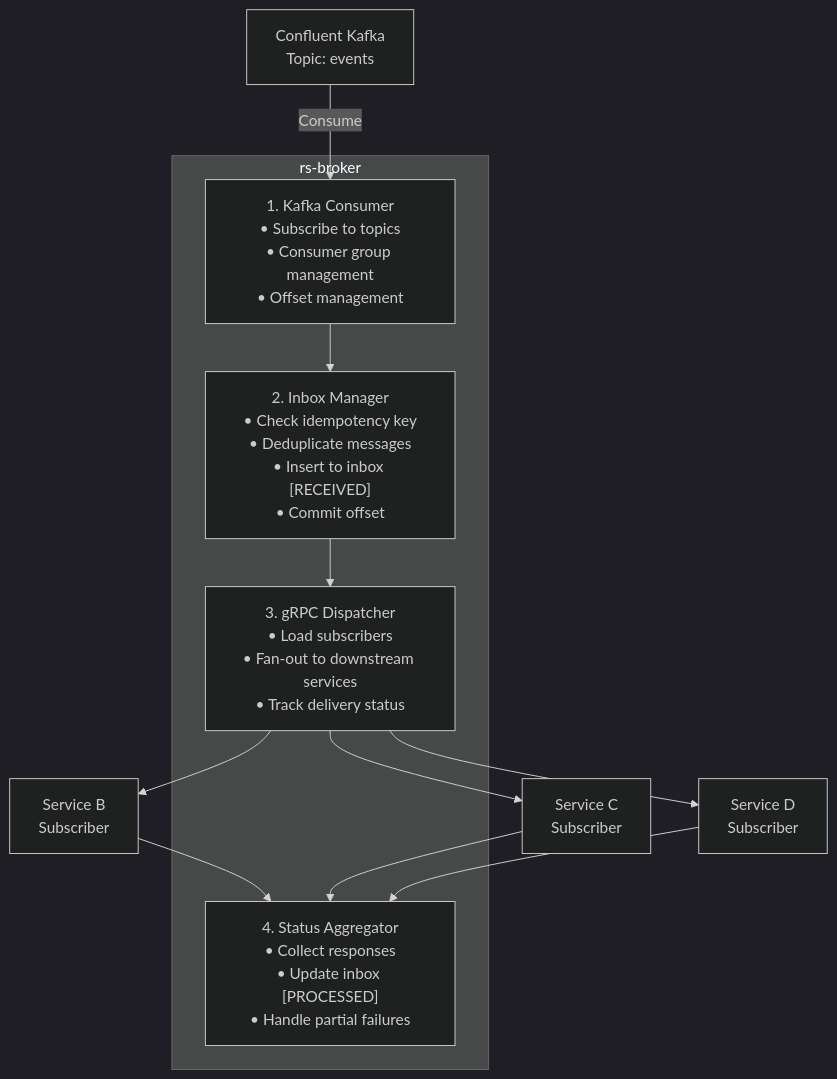
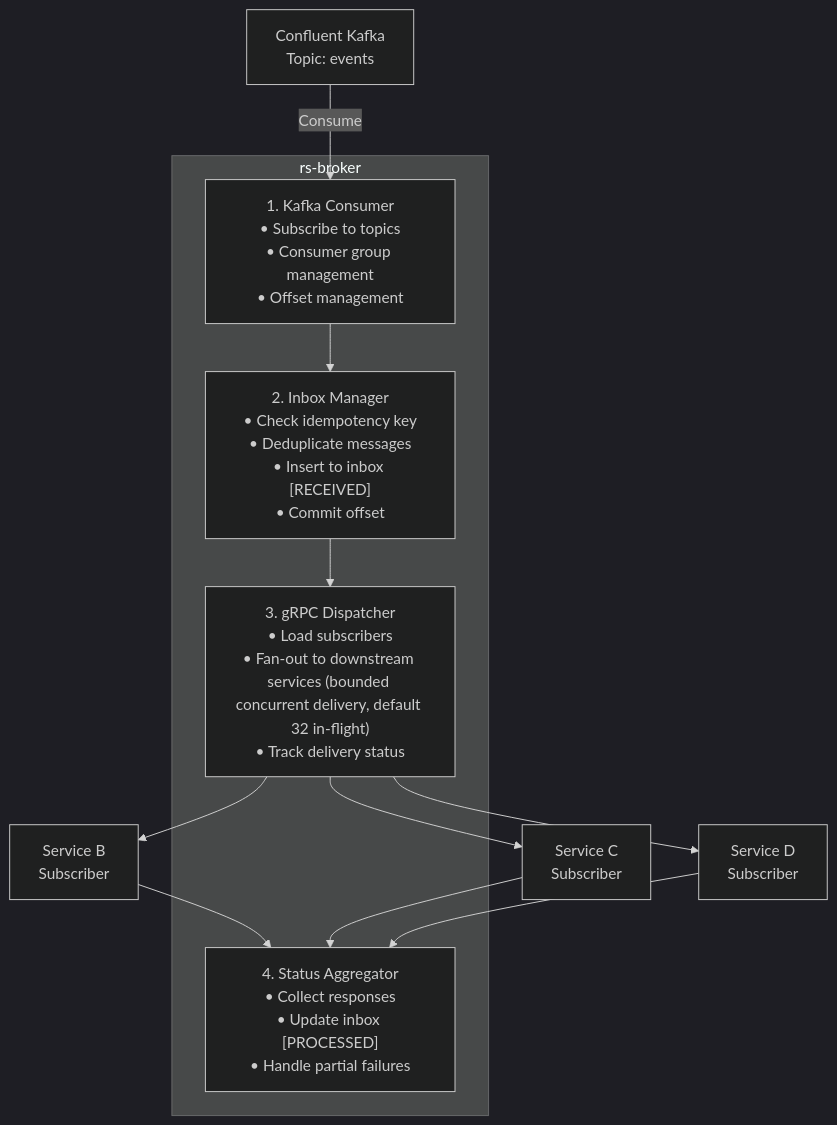
Before and after one commit to bouroo/rs-broker: the third of 6 diagrams in docs/architecture.md, drawn with Mermaid (dark theme). The commit also changed other lines of this file and 1 other file, not shown here.

````diff
--- a/docs/architecture.md
+++ b/docs/architecture.md
@@ -83,25 +83,25 @@
 ```mermaid
 flowchart TB
     kafka["Confluent Kafka<br/>Topic: events"]
     
     subgraph rsbroker["rs-broker"]
         consumer["1. Kafka Consumer<br/>• Subscribe to topics<br/>• Consumer group management<br/>• Offset management"]
         inbox["2. Inbox Manager<br/>• Check idempotency key<br/>• Deduplicate messages<br/>• Insert to inbox [RECEIVED]<br/>• Commit offset"]
-        dispatcher["3. gRPC Dispatcher<br/>• Load subscribers<br/>• Fan-out to downstream services<br/>• Track delivery status"]
+        dispatcher["3. gRPC Dispatcher<br/>• Load subscribers<br/>• Fan-out to downstream services (bounded concurrent delivery, default 32 in-flight)<br/>• Track delivery status"]
         aggregator["4. Status Aggregator<br/>• Collect responses<br/>• Update inbox [PROCESSED]<br/>• Handle partial failures"]
     end
     
     svcB["Service B<br/>Subscriber"]
     svcC["Service C<br/>Subscriber"]
     svcD["Service D<br/>Subscriber"]
     
     kafka -->|Consume| consumer
     consumer --> inbox
     inbox --> dispatcher
     dispatcher --> svcB
     dispatcher --> svcC
     dispatcher --> svcD
     svcB --> aggregator
     svcC --> aggregator
     svcD --> aggregator
 ```
````
